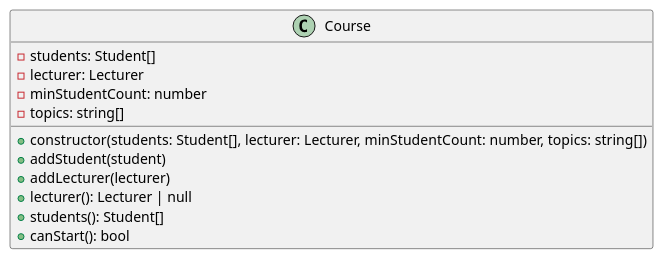
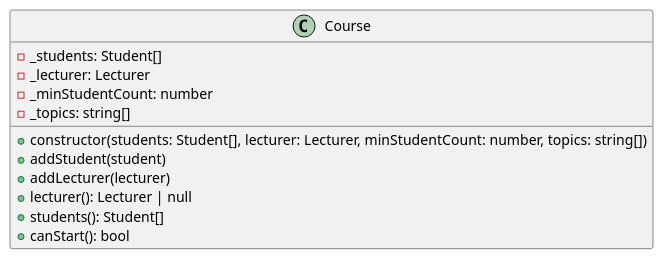
The diagram in docs/exercises/oop/hard/courses_students/Course.plantuml (krisztiankazinczi/bh-fst01), drawn with PlantUML before and after one commit. The commit also changed 4 other files, not shown here.

```diff
--- a/docs/exercises/oop/hard/courses_students/Course.plantuml
+++ b/docs/exercises/oop/hard/courses_students/Course.plantuml
@@ -1,15 +1,15 @@
 @startuml
 class Course {
-    - students: Student[]
-    - lecturer: Lecturer
-    - minStudentCount: number
-    - topics: string[]
+    - _students: Student[]
+    - _lecturer: Lecturer
+    - _minStudentCount: number
+    - _topics: string[]
 
     + constructor(students: Student[], lecturer: Lecturer, minStudentCount: number, topics: string[])
     + addStudent(student)
     + addLecturer(lecturer)
     + lecturer(): Lecturer | null
     + students(): Student[]
     + canStart(): bool
 }
 @enduml
```
